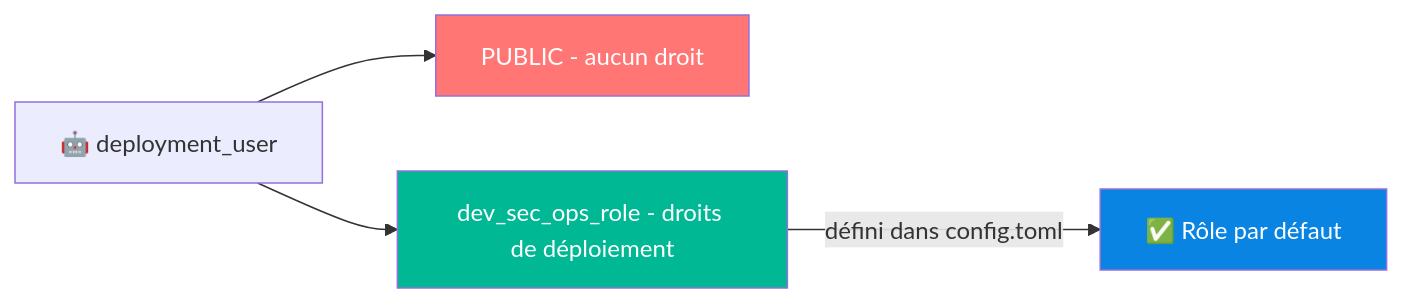
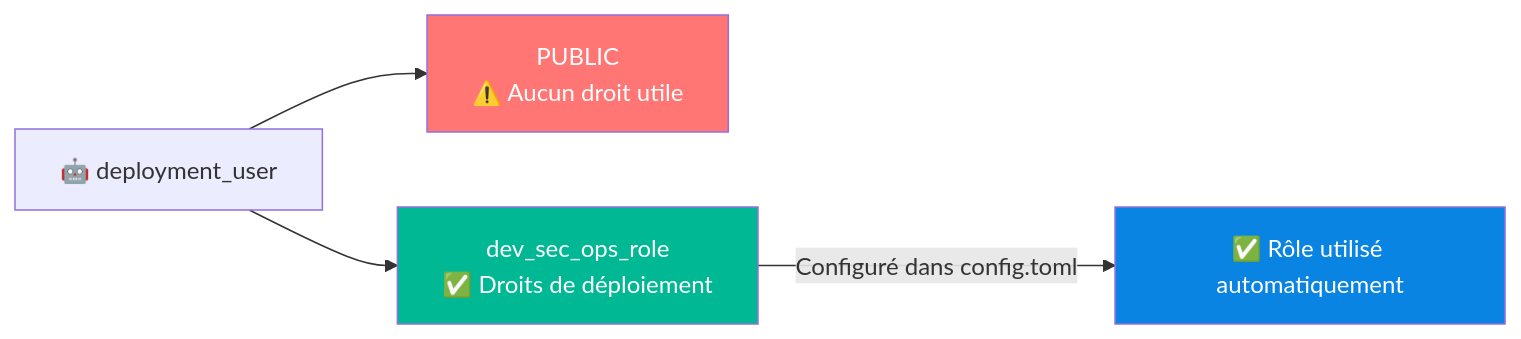
One commit to FaridChouchane/Boocamp_Analytics_Engineer_Ada changed the sixth of 10 diagrams in Snowflake/Déploiement automatique avec Snowflake CLI/Reamde.md. Above: the diagram before and after it, drawn with Mermaid. The commit also changed other lines of this file, not shown here.

````diff
--- a/Snowflake/Déploiement automatique avec Snowflake CLI/Reamde.md
+++ b/Snowflake/Déploiement automatique avec Snowflake CLI/Reamde.md
@@ -474,10 +715,10 @@
 ```mermaid
 graph LR
-    DU[🤖 deployment_user] --> R1[PUBLIC - aucun droit]
-    DU --> R2[dev_sec_ops_role - droits de déploiement]
-    R2 -->|défini dans config.toml| DEFAULT[✅ Rôle par défaut]
+    DU[🤖 deployment_user] --> R1[PUBLIC<br/>⚠️ Aucun droit utile]
+    DU --> R2[dev_sec_ops_role<br/>✅ Droits de déploiement]
+    R2 -->|Configuré dans config.toml| DEFAULT[✅ Rôle utilisé automatiquement]
 
     style R1 fill:#ff7675,color:#fff
     style R2 fill:#00b894,color:#fff
     style DEFAULT fill:#0984e3,color:#fff
 ```
````
